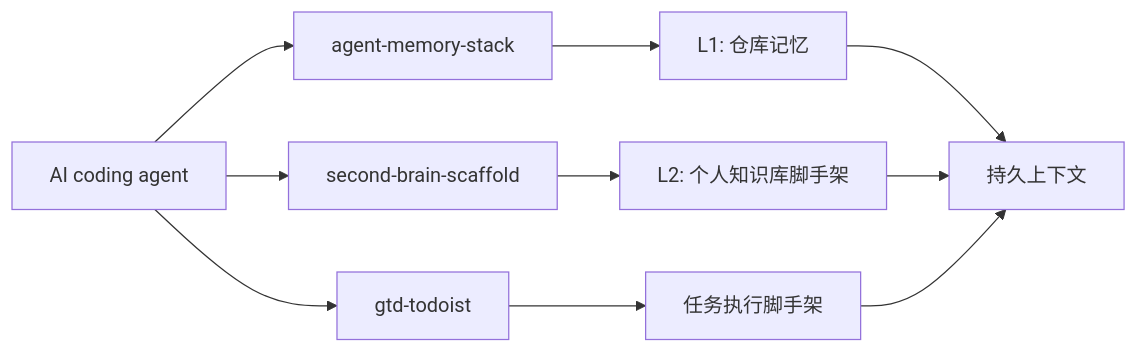
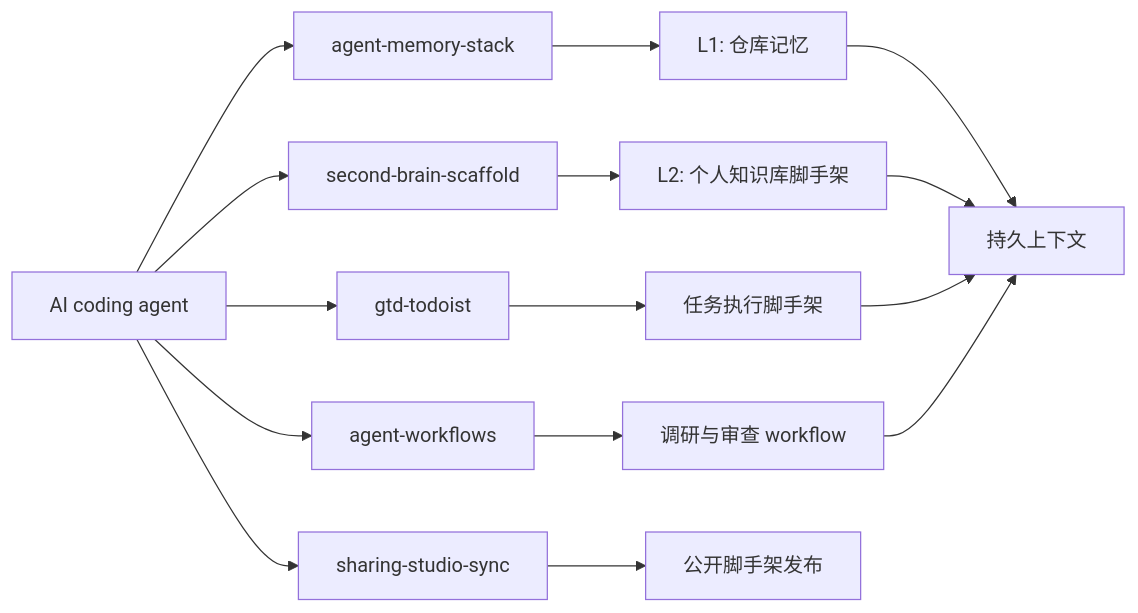
The diagram in README.zh-CN.md (kevinlasnh/sharing-studio), drawn with Mermaid before and after one commit. The commit also changed other lines of this file and 44 other files, not shown here.

Commit message:
Update sharing-studio scaffolds

````diff
--- a/README.zh-CN.md
+++ b/README.zh-CN.md
@@ -25,14 +27,19 @@
 ```mermaid
 flowchart LR
   A[AI coding agent] --> B[agent-memory-stack]
   A --> C[second-brain-scaffold]
   A --> D[gtd-todoist]
+  A --> F[agent-workflows]
+  A --> G[sharing-studio-sync]
 
   B --> B1[L1: 仓库记忆]
   C --> C1[L2: 个人知识库脚手架]
   D --> D1[任务执行脚手架]
+  F --> F1[调研与审查 workflow]
+  G --> G1[公开脚手架发布]
 
   B1 --> E[持久上下文]
   C1 --> E
   D1 --> E
+  F1 --> E
 ```
````
